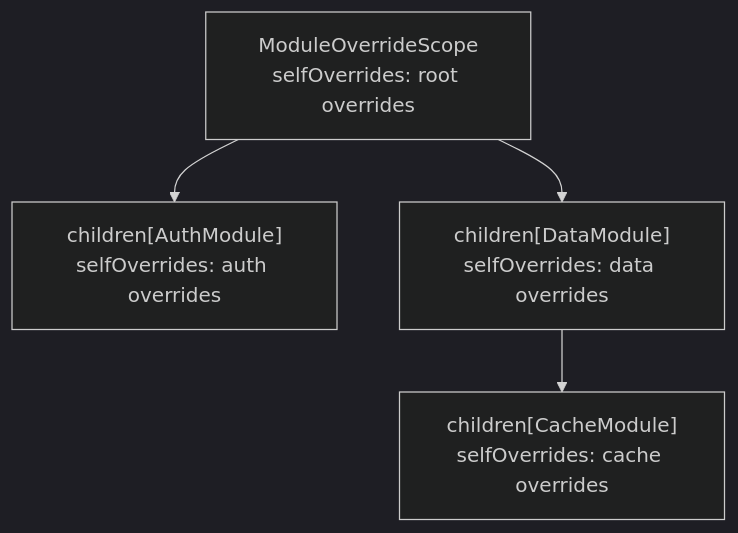
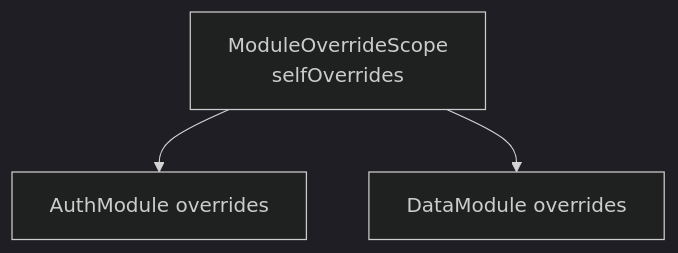
The first of 2 diagrams in docs-site/guide/modularity_workspace/dependency-overrides.md (cherrypick-agency/modularity_dart), drawn with Mermaid (dark theme) before and after one commit. The commit also changed other lines of this file and 12 other files, not shown here.

````diff
--- a/docs-site/guide/modularity_workspace/dependency-overrides.md
+++ b/docs-site/guide/modularity_workspace/dependency-overrides.md
@@ -34,7 +36,6 @@
 ```mermaid
 flowchart TB
-    Root["ModuleOverrideScope\nselfOverrides: root overrides"]
-    Root --> Auth["children[AuthModule]\nselfOverrides: auth overrides"]
-    Root --> Data["children[DataModule]\nselfOverrides: data overrides"]
-    Data --> Cache["children[CacheModule]\nselfOverrides: cache overrides"]
+    Root[ModuleOverrideScope<br/>selfOverrides]
+    Root --> Child1[AuthModule overrides]
+    Root --> Child2[DataModule overrides]
 ```
````
